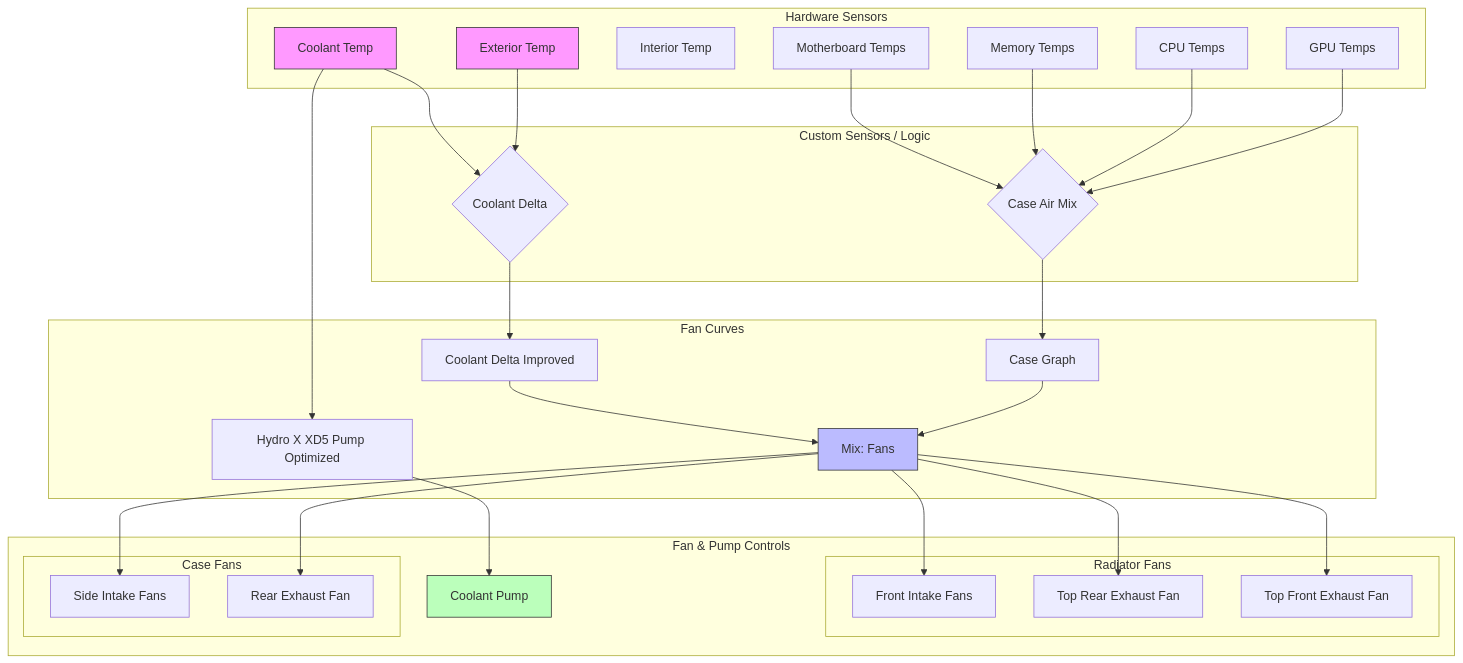
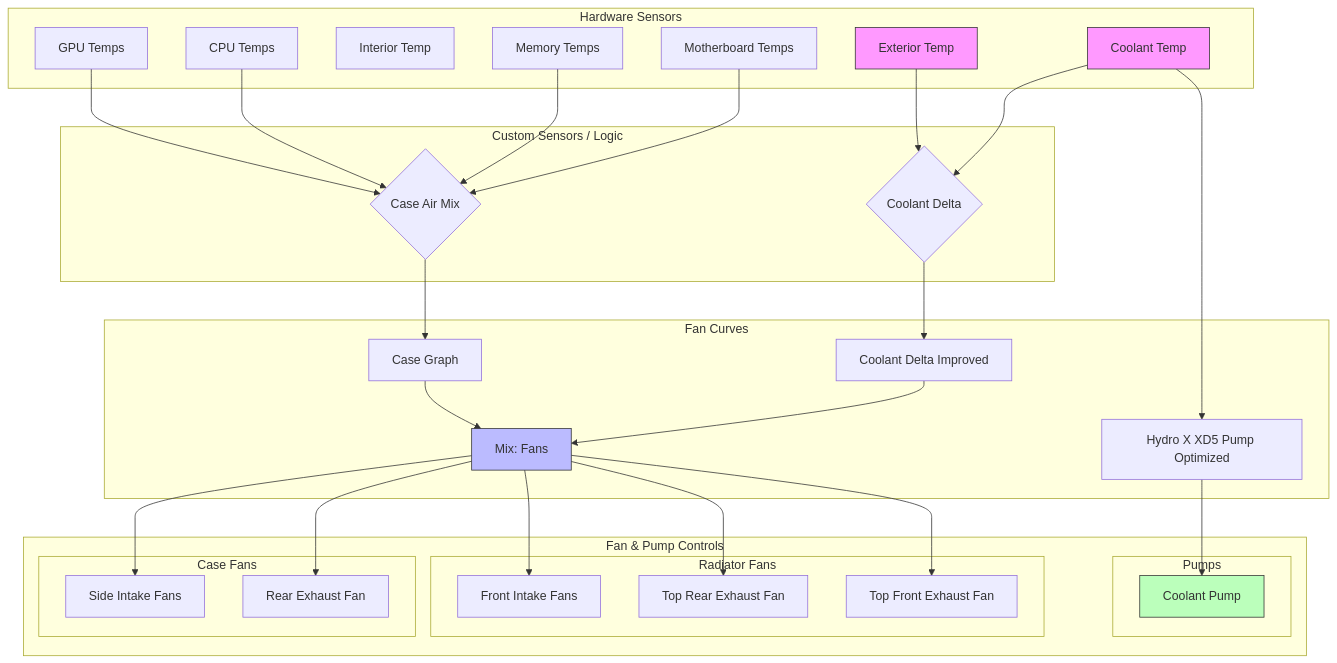
Before and after one commit to Garulf/FanControl-config: the diagram in README.md, drawn with Mermaid.

Commit message:
Refactor Controls section to include Pumps subgraph

````diff
--- a/README.md
+++ b/README.md
@@ -3,70 +3,72 @@
 ```mermaid
 graph TD
     %% Sensors
     subgraph Sensors [Hardware Sensors]
         S1[Coolant Temp]
         S2[Exterior Temp]
         S3[Interior Temp]
         S4[Motherboard Temps]
         S5[Memory Temps]
         S6[CPU Temps]
         S7[GPU Temps]
     end
 
     %% Custom Sensors (Mixes)
     subgraph Mixes [Custom Sensors / Logic]
         M1{Coolant Delta}
         M2{Case Air Mix}
     end
 
     %% Curves
     subgraph Curves [Fan Curves]
         C1[Coolant Delta Improved]
         C2[Case Graph]
         C3[Mix: Fans]
         C4[Hydro X XD5 Pump Optimized]
     end
 
     %% Controls
     subgraph Controls [Fan & Pump Controls]
-        F1[Coolant Pump]
+        subgraph Pumps [Pumps]
+            F1[Coolant Pump]
+        end
         subgraph RadiatorFans [Radiator Fans]
             F3[Front Intake Fans]
             F4[Top Rear Exhaust Fan]
             F5[Top Front Exhaust Fan]
         end
         subgraph CaseFans [Case Fans]
             F2[Side Intake Fans]
             F6[Rear Exhaust Fan]
         end
     end
 
     %% Relationships
     S1 --> M1
     S2 --> M1
     M1 --> C1
     
     S4 --> M2
     S5 --> M2
     S6 --> M2
     S7 --> M2
     M2 --> C2
 
     C1 --> C3
     C2 --> C3
     
     C3 --> F2
     C3 --> F3
     C3 --> F4
     C3 --> F5
     C3 --> F6
     
     S1 --> C4
     C4 --> F1
 
     %% Styling
     style S1 fill:#f9f,stroke:#333
     style S2 fill:#f9f,stroke:#333
     style C3 fill:#bbf,stroke:#333
     style F1 fill:#bfb,stroke:#333
 ```
````
